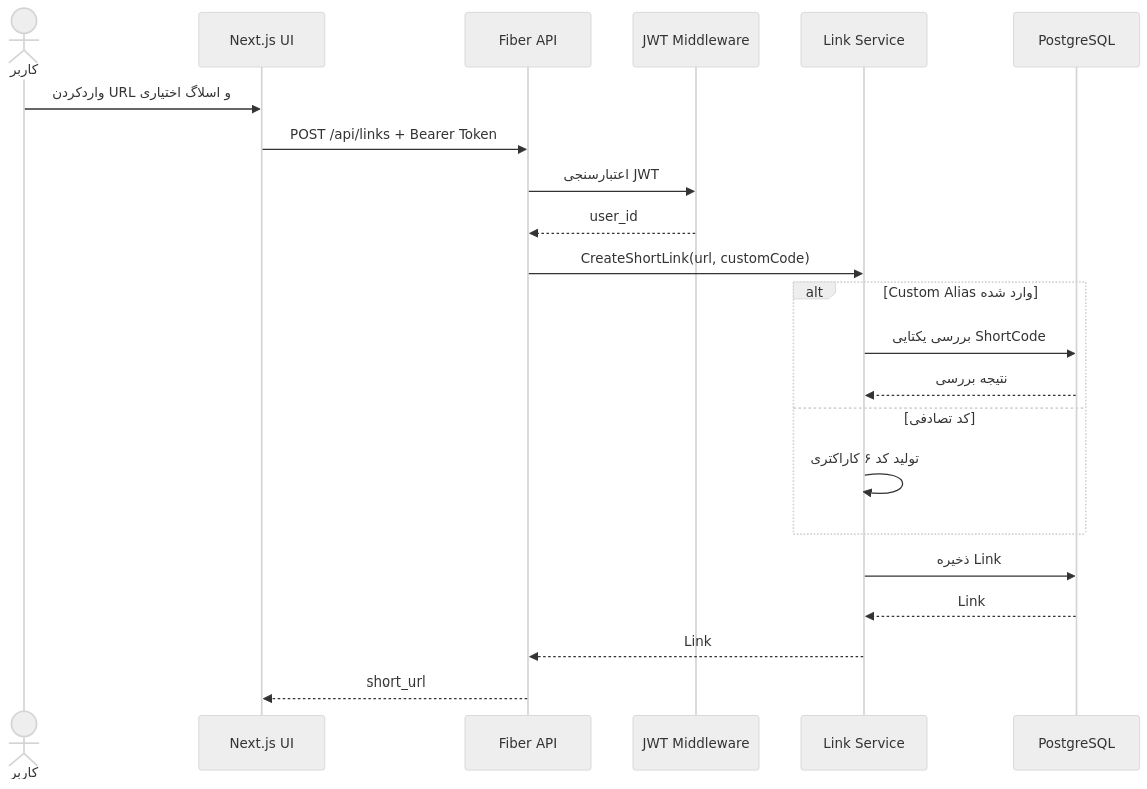
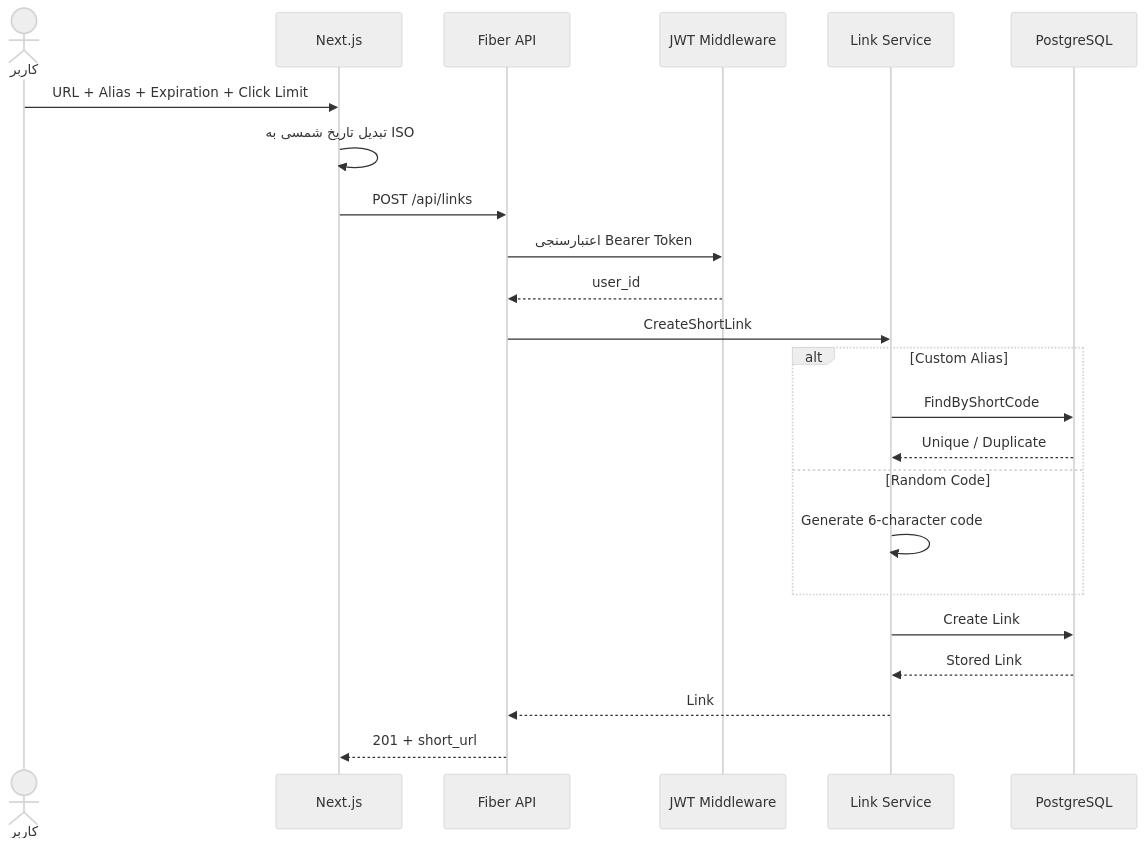
One commit to AmirMotefaker/LinkResan changed the fourth of 7 diagrams in README.md. Above: the diagram before and after it, drawn with Mermaid (neutral theme). The commit also changed other lines of this file, not shown here.

````diff
--- a/README.md
+++ b/README.md
@@ -305,27 +489,28 @@
 ```mermaid
 sequenceDiagram
     actor User as کاربر
-    participant UI as Next.js UI
+    participant UI as Next.js
     participant API as Fiber API
     participant Auth as JWT Middleware
     participant Service as Link Service
     participant DB as PostgreSQL
 
-    User->>UI: واردکردن URL و اسلاگ اختیاری
-    UI->>API: POST /api/links + Bearer Token
-    API->>Auth: اعتبارسنجی JWT
+    User->>UI: URL + Alias + Expiration + Click Limit
+    UI->>UI: تبدیل تاریخ شمسی به ISO
+    UI->>API: POST /api/links
+    API->>Auth: اعتبارسنجی Bearer Token
     Auth-->>API: user_id
-    API->>Service: CreateShortLink(url, customCode)
+    API->>Service: CreateShortLink
 
-    alt Custom Alias وارد شده
-        Service->>DB: بررسی یکتایی ShortCode
-        DB-->>Service: نتیجه بررسی
-    else کد تصادفی
-        Service->>Service: تولید کد ۶ کاراکتری
+    alt Custom Alias
+        Service->>DB: FindByShortCode
+        DB-->>Service: Unique / Duplicate
+    else Random Code
+        Service->>Service: Generate 6-character code
     end
 
-    Service->>DB: ذخیره Link
-    DB-->>Service: Link
+    Service->>DB: Create Link
+    DB-->>Service: Stored Link
     Service-->>API: Link
-    API-->>UI: short_url
+    API-->>UI: 201 + short_url
 ```
````
